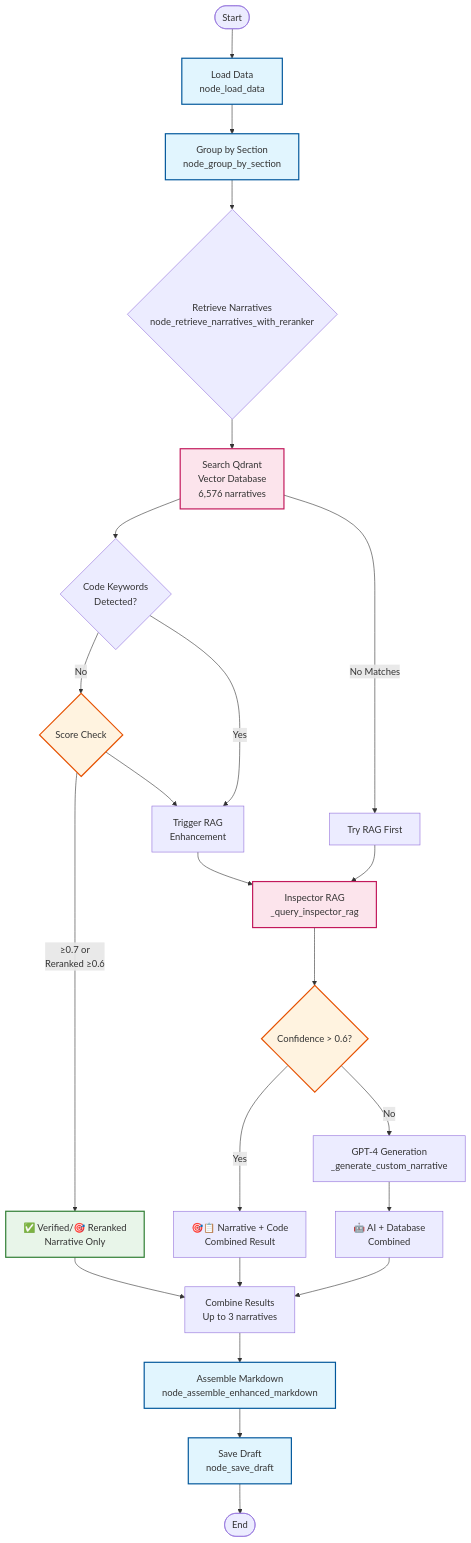
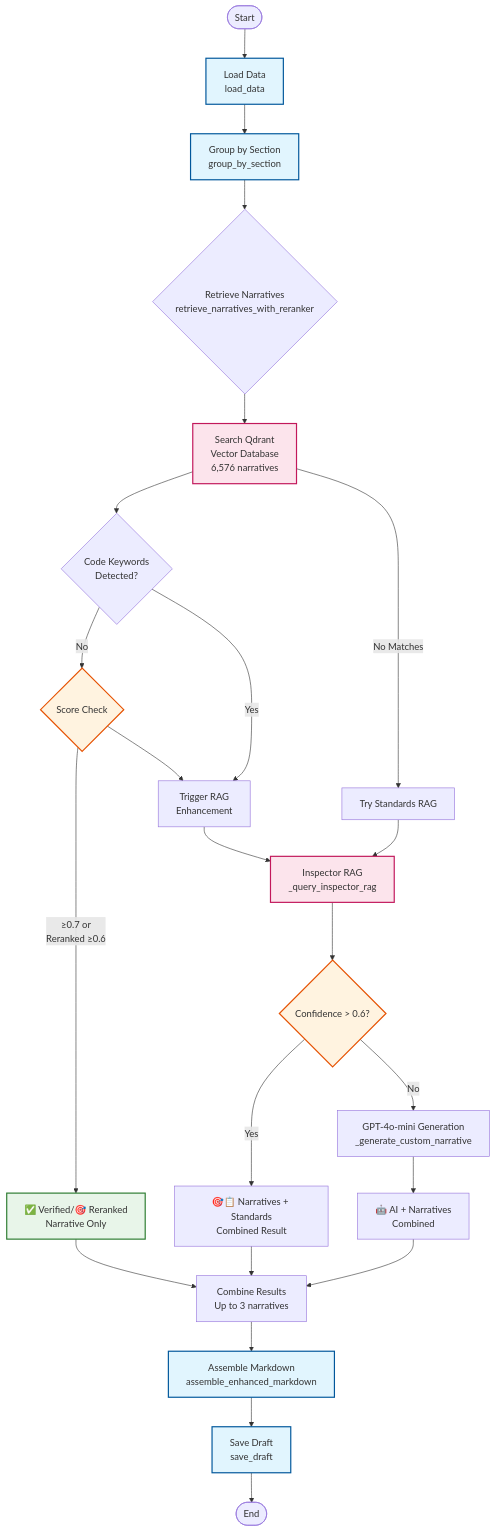
The diagram in docs/report_generation_flow.md (nilay320/House_Whisperer), drawn with Mermaid before and after one commit. The commit also changed other lines of this file and 4 other files, not shown here.

````diff
--- a/docs/report_generation_flow.md
+++ b/docs/report_generation_flow.md
@@ -8,51 +8,51 @@
 ```mermaid
 graph TD
-    Start([Start]) --> LoadData[Load Data<br/>node_load_data]
-    LoadData --> GroupBySection[Group by Section<br/>node_group_by_section]
-    GroupBySection --> RetrieveNarratives{Retrieve Narratives<br/>node_retrieve_narratives_with_reranker}
+    Start([Start]) --> LoadData[Load Data<br/>load_data]
+    LoadData --> GroupBySection[Group by Section<br/>group_by_section]
+    GroupBySection --> RetrieveNarratives{Retrieve Narratives<br/>retrieve_narratives_with_reranker}
     
     %% Narrative Retrieval Sub-flow
     RetrieveNarratives --> QdrantSearch[Search Qdrant<br/>Vector Database<br/>6,576 narratives]
     
     QdrantSearch --> CodeCheck{Code Keywords<br/>Detected?}
     
     CodeCheck -->|No| ScoreCheck{Score Check}
     CodeCheck -->|Yes| TriggerRAG[Trigger RAG<br/>Enhancement]
     
     ScoreCheck -->|≥0.7 or<br/>Reranked ≥0.6| VerifiedNarrative[✅ Verified/🎯 Reranked<br/>Narrative Only]
     ScoreCheck -->|<Threshold| TriggerRAG
     
     TriggerRAG --> InspectorRAG[Inspector RAG<br/>_query_inspector_rag]
     
     InspectorRAG --> RAGCheck{Confidence > 0.6?}
     
-    RAGCheck -->|Yes| HybridNarrative[🎯📋 Narrative + Code<br/>Combined Result]
-    RAGCheck -->|No| GPTGenerate[GPT-4 Generation<br/>_generate_custom_narrative]
+    RAGCheck -->|Yes| HybridNarrative[🎯📋 Narratives + Standards<br/>Combined Result]
+    RAGCheck -->|No| GPTGenerate[GPT-4o-mini Generation<br/>_generate_custom_narrative]
     
-    GPTGenerate --> AIWithNarrative[🤖 AI + Database<br/>Combined]
+    GPTGenerate --> AIWithNarrative[🤖 AI + Narratives<br/>Combined]
     
     %% No narratives path
-    QdrantSearch -->|No Matches| DirectRAG[Try RAG First]
+    QdrantSearch -->|No Matches| DirectRAG[Try Standards RAG]
     DirectRAG --> InspectorRAG
     
     %% Convergence
     VerifiedNarrative --> CombineResults[Combine Results<br/>Up to 3 narratives]
     HybridNarrative --> CombineResults
     AIWithNarrative --> CombineResults
     
-    CombineResults --> AssembleMarkdown[Assemble Markdown<br/>node_assemble_enhanced_markdown]
+    CombineResults --> AssembleMarkdown[Assemble Markdown<br/>assemble_enhanced_markdown]
     
-    AssembleMarkdown --> SaveDraft[Save Draft<br/>node_save_draft]
+    AssembleMarkdown --> SaveDraft[Save Draft<br/>save_draft]
     SaveDraft --> End([End])
     
     %% Style
     classDef nodeStyle fill:#e1f5fe,stroke:#01579b,stroke-width:2px
     classDef decisionStyle fill:#fff3e0,stroke:#e65100,stroke-width:2px
     classDef narrativeStyle fill:#e8f5e9,stroke:#2e7d32,stroke-width:2px
     classDef ragStyle fill:#fce4ec,stroke:#c2185b,stroke-width:2px
     
     class LoadData,GroupBySection,AssembleMarkdown,SaveDraft nodeStyle
     class ScoreCheck,RAGCheck decisionStyle
     class VerifiedNarrative,BuildingCodeEnhanced,AIGenerated narrativeStyle
     class InspectorRAG,QdrantSearch,CohereRerank ragStyle
 ```
````
